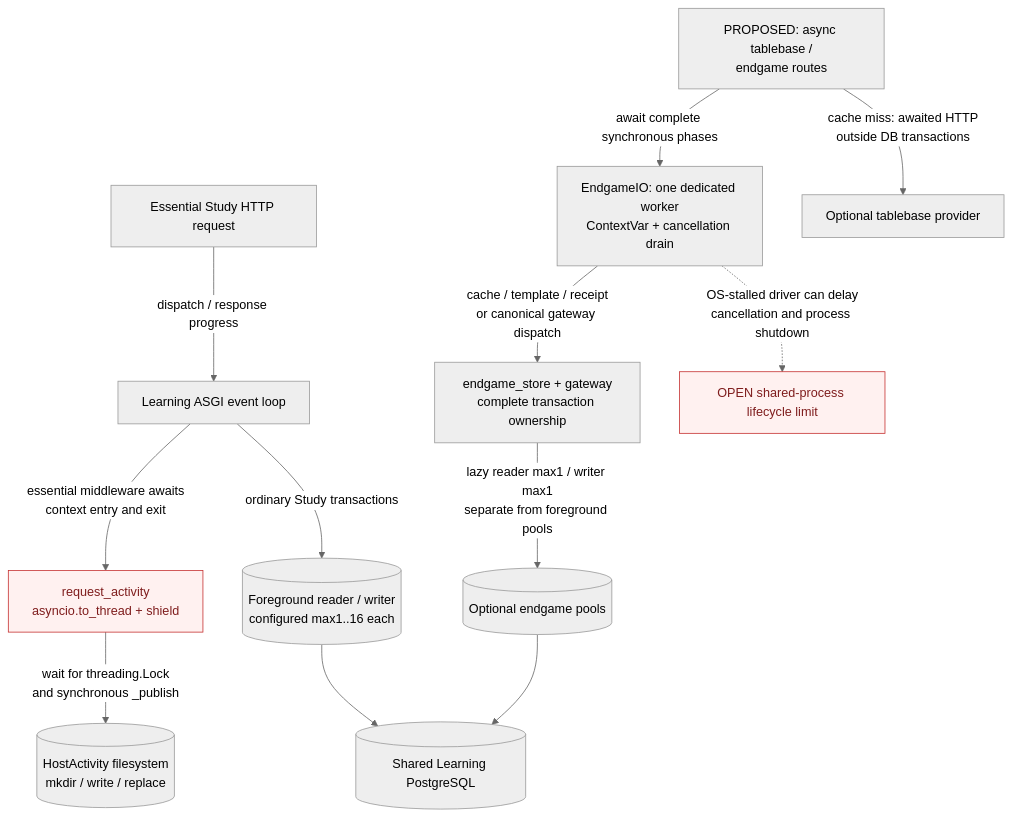
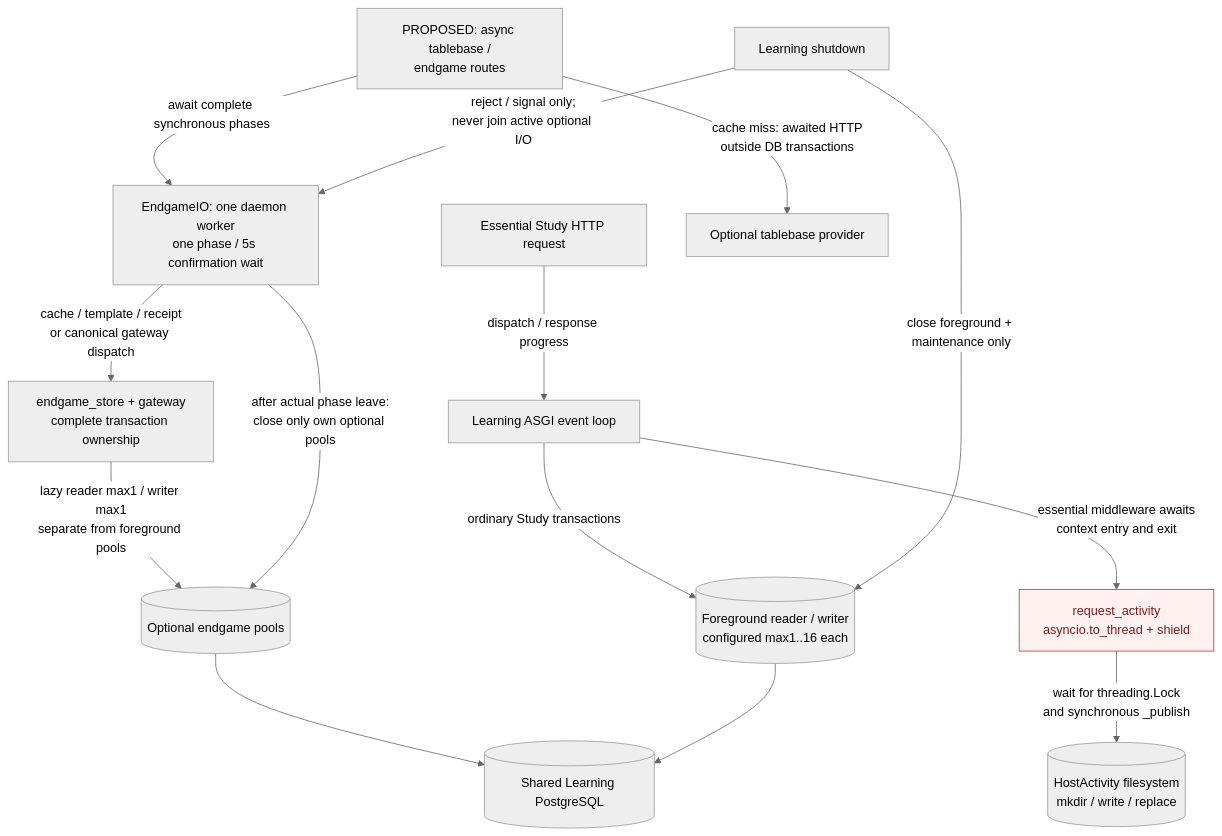
The third of 4 diagrams in docs/architecture/diagrams/study-games.md (aaweaver-actuary/tempo), drawn with Mermaid (neutral theme) before and after one commit. The commit also changed other lines of this file and 4 other files, not shown here.

Commit message:
Document daemon phase ownership and bounded endgame confirmation waits

````diff
--- a/docs/architecture/diagrams/study-games.md
+++ b/docs/architecture/diagrams/study-games.md
@@ -121,16 +122,18 @@
 ```mermaid
 flowchart TB
   Study["Essential Study HTTP request"] -->|"dispatch / response progress"| Loop["Learning ASGI event loop"]
   Loop -->|"essential middleware awaits<br/>context entry and exit"| Activity["request_activity<br/>asyncio.to_thread + shield"]
   Activity -->|"wait for threading.Lock<br/>and synchronous _publish"| Files[("HostActivity filesystem<br/>mkdir / write / replace")]
-  Endgame["PROPOSED: async tablebase /<br/>endgame routes"] -->|"await complete synchronous phases"| Worker["EndgameIO: one dedicated worker<br/>ContextVar + cancellation drain"]
+  Endgame["PROPOSED: async tablebase /<br/>endgame routes"] -->|"await complete synchronous phases"| Worker["EndgameIO: one daemon worker<br/>one phase / 5s confirmation wait"]
   Worker -->|"cache / template / receipt<br/>or canonical gateway dispatch"| Sync["endgame_store + gateway<br/>complete transaction ownership"]
   Sync -->|"lazy reader max1 / writer max1<br/>separate from foreground pools"| Optional[("Optional endgame pools")]
   Optional --> DB[("Shared Learning PostgreSQL")]
   Loop -->|"ordinary Study transactions"| Foreground[("Foreground reader / writer<br/>configured max1..16 each")]
   Foreground --> DB
-  Worker -.->|"OS-stalled driver can delay<br/>cancellation and process shutdown"| Shutdown["OPEN shared-process lifecycle limit"]
+  Shutdown["Learning shutdown"] -->|"reject / signal only;<br/>never join active optional I/O"| Worker
+  Shutdown -->|"close foreground + maintenance only"| Foreground
+  Worker -->|"after actual phase leave:<br/>close only own optional pools"| Optional
   Endgame -->|"cache miss: awaited HTTP<br/>outside DB transactions"| Provider["Optional tablebase provider"]
   classDef gap fill:#fff1f0,stroke:#c53030,color:#7f1d1d
-  class Activity,Shutdown gap
+  class Activity gap
 ```
````
